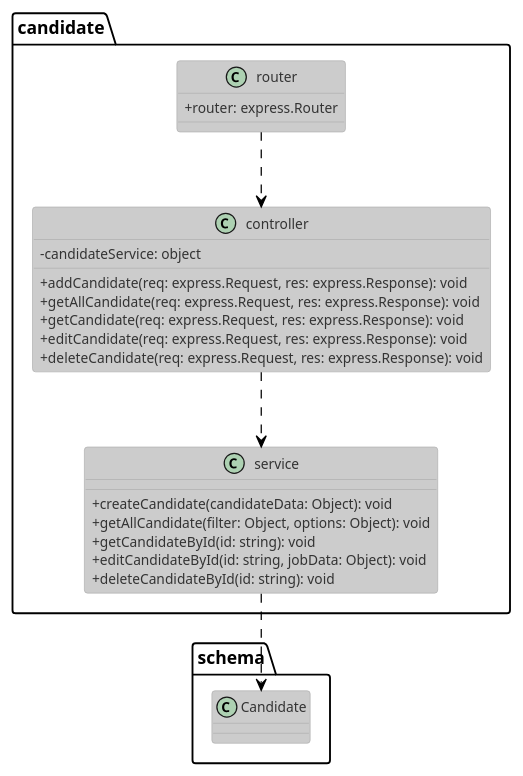
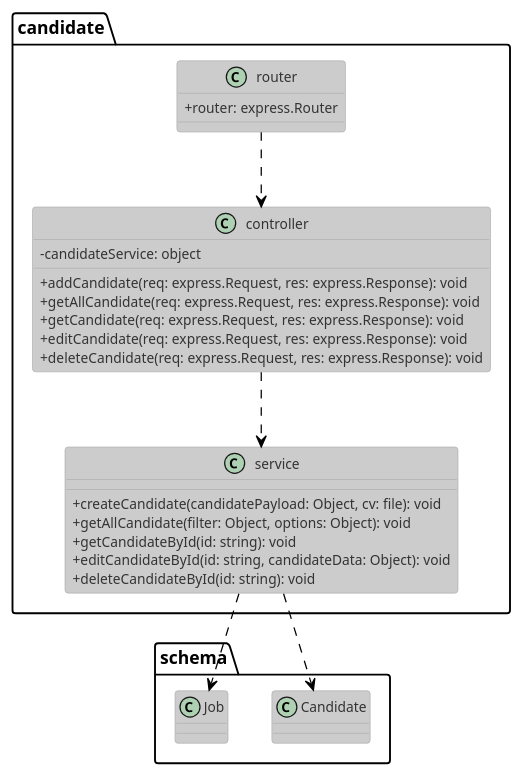
The diagram in plantuml/class/candidate.puml (tuannm99/RMS), drawn with PlantUML before and after one commit. The commit also changed 12 other files, not shown here.

Commit message:
add - class and sequence diagram

```diff
--- a/plantuml/class/candidate.puml
+++ b/plantuml/class/candidate.puml
@@ -1,34 +1,39 @@
 @startuml authClass
 !theme reddress-lightblue
 
 skinparam classAttributeIconSize 0
 class candidate.controller{
     - {field} candidateService: object
 
     + {method} addCandidate(req: express.Request, res: express.Response): void
     + {method} getAllCandidate(req: express.Request, res: express.Response): void
     + {method} getCandidate(req: express.Request, res: express.Response): void
     + {method} editCandidate(req: express.Request, res: express.Response): void
     + {method} deleteCandidate(req: express.Request, res: express.Response): void
 }
 
 class candidate.service{
-    + {method} createCandidate(candidateData: Object): void
+    + {method} createCandidate(candidatePayload: Object, cv: file): void
     + {method} getAllCandidate(filter: Object, options: Object): void
     + {method} getCandidateById(id: string): void
-    + {method} editCandidateById(id: string, jobData: Object): void
+    + {method} editCandidateById(id: string, candidateData: Object): void
     + {method} deleteCandidateById(id: string): void
 }
 
 class candidate.router{
     + {field} router: express.Router
 }
 
 class schema.Candidate {
 
 }
 
+class schema.Job {
+
+}
+
 candidate.router ..> candidate.controller
 candidate.controller ..> candidate.service
 candidate.service ..> schema.Candidate
+candidate.service ..> schema.Job
 @enduml
```
